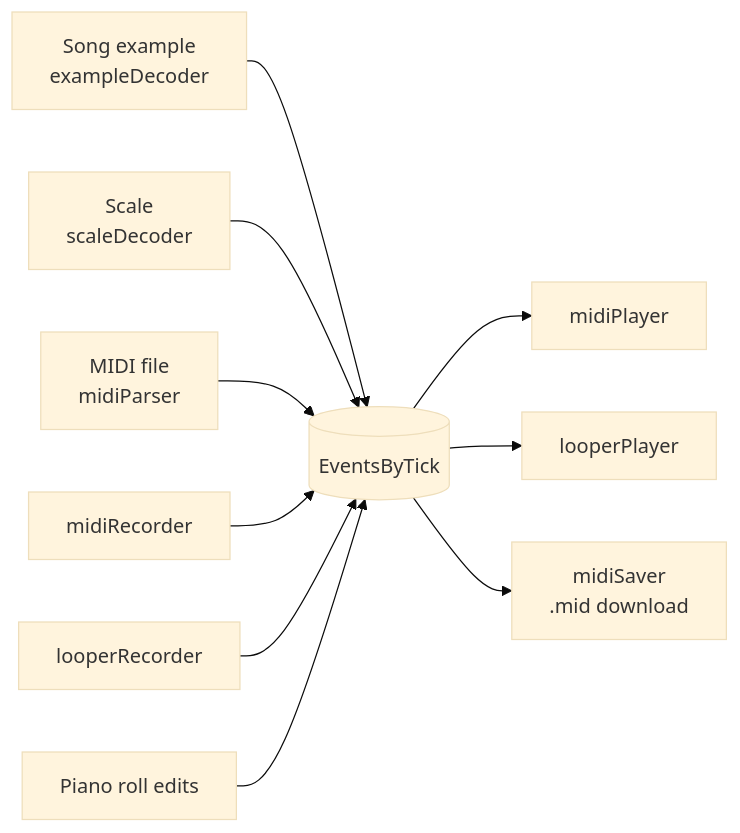
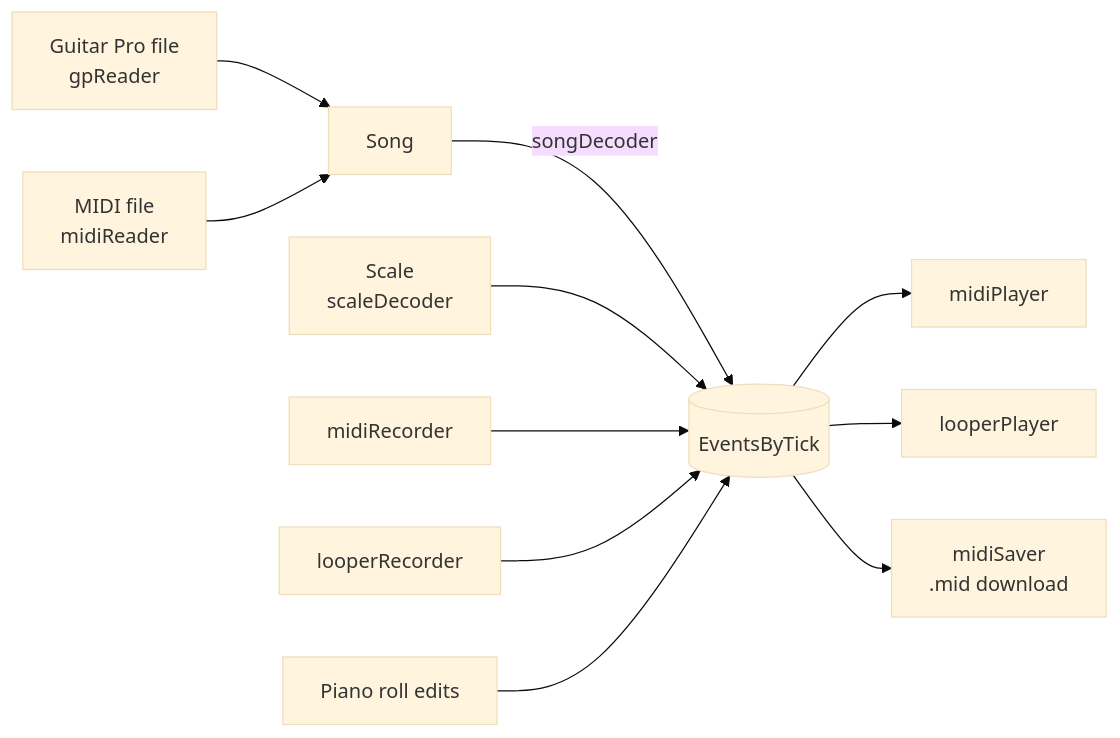
One commit to oleg-chibikov/guitar-upscale changed the fifth of 11 diagrams in docs/architecture.md. Above: the diagram before and after it, drawn with Mermaid (base theme). The commit also changed other lines of this file and 131 other files, not shown here.

First line of the commit message:
Store songs as Guitar Pro files and let people upload their own

````diff
--- a/docs/architecture.md
+++ b/docs/architecture.md
@@ -216,12 +216,13 @@
 ```mermaid
 flowchart LR
-  EX["Song example<br/>exampleDecoder"] --> E[(EventsByTick)]
+  GP["Guitar Pro file<br/>gpReader"] --> SONG["Song"]
+  MID["MIDI file<br/>midiReader"] --> SONG
+  SONG -->|songDecoder| E[(EventsByTick)]
   SC["Scale<br/>scaleDecoder"] --> E
-  UP["MIDI file<br/>midiParser"] --> E
   REC["midiRecorder"] --> E
   LOOP["looperRecorder"] --> E
   PR["Piano roll edits"] --> E
   E --> MP["midiPlayer"]
   E --> LP["looperPlayer"]
   E --> SAVE["midiSaver<br/>.mid download"]
 ```
````
